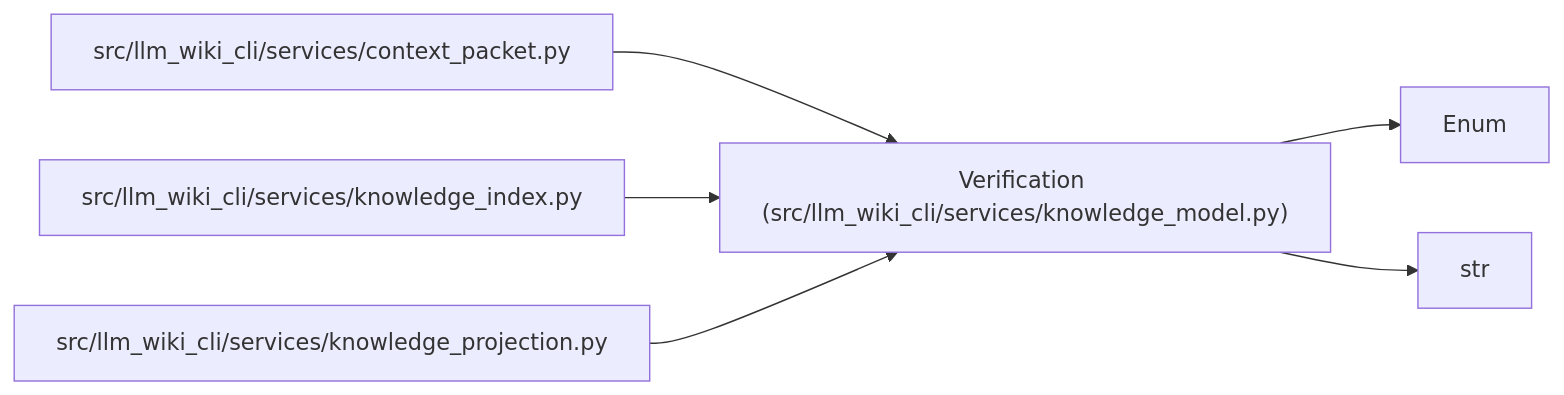
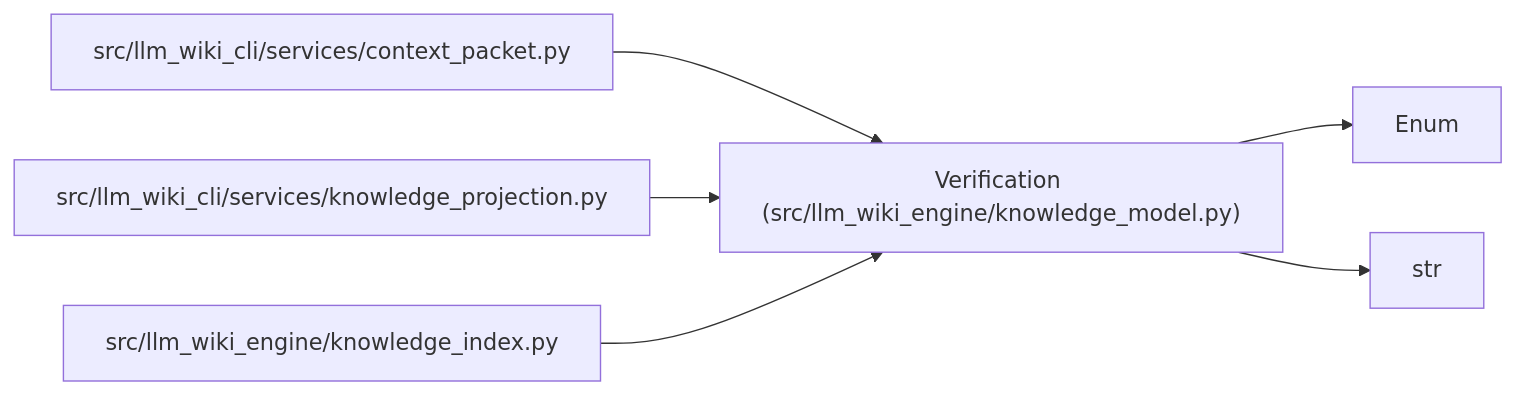
One commit to Denissvgn/python-wiki-llm changed the diagram in docs/llm_wiki/entities/Verification.md. Above: the diagram before and after it, drawn with Mermaid. The commit also changed other lines of this file and 1058 other files, not shown here.

First line of the commit message:
docs: refresh the wiki for the knowledge store move

````diff
--- a/docs/llm_wiki/entities/Verification.md
+++ b/docs/llm_wiki/entities/Verification.md
@@ -30,18 +30,18 @@
 ```mermaid
 flowchart LR
-    n0["Verification (src/llm_wiki_cli/services/knowledge_model.py)"]
+    n0["Verification (src/llm_wiki_engine/knowledge_model.py)"]
     n1["Enum"]
     n2["str"]
     n3["src/llm_wiki_cli/services/context_packet.py"]
-    n4["src/llm_wiki_cli/services/knowledge_index.py"]
-    n5["src/llm_wiki_cli/services/knowledge_projection.py"]
+    n4["src/llm_wiki_cli/services/knowledge_projection.py"]
+    n5["src/llm_wiki_engine/knowledge_index.py"]
     n0 --> n1
     n0 --> n2
     n3 --> n0
     n4 --> n0
     n5 --> n0
     click n0 "../modules/knowledge_model.md"
     click n3 "../modules/context_packet.md"
-    click n4 "../modules/knowledge_index.md"
-    click n5 "../modules/knowledge_projection.md"
+    click n4 "../modules/knowledge_projection.md"
+    click n5 "../modules/knowledge_index.md"
 ```
````
